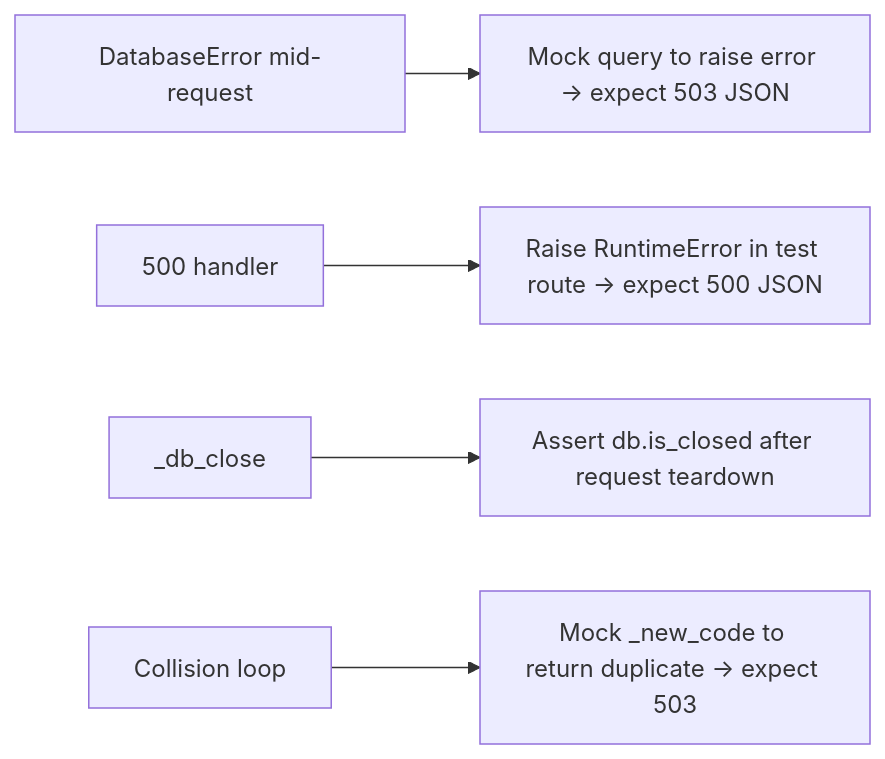
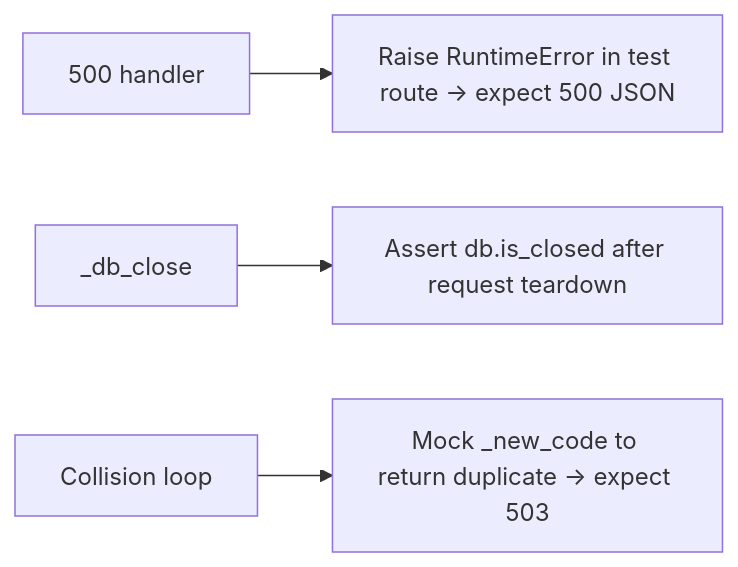
One commit to MartinLam12/PE-Hackathon-Template-2026 changed the second of 2 diagrams in docs/coverage-gaps-for-person-1.md. Above: the diagram before and after it, drawn with Mermaid. The commit also changed other lines of this file and 2 other files, not shown here.

First line of the commit message:
Address CodeRabbit review: narrow DB error handling and tests.

````diff
--- a/docs/coverage-gaps-for-person-1.md
+++ b/docs/coverage-gaps-for-person-1.md
@@ -41,7 +38,6 @@
 ```mermaid
 flowchart LR
-    G1["DatabaseError mid-request"] --> T1["Mock query to raise error → expect 503 JSON"]
-    G3["500 handler"] --> T2["Raise RuntimeError in test route → expect 500 JSON"]
-    G4["_db_close"] --> T3["Assert db.is_closed after request teardown"]
-    G5["Collision loop"] --> T4["Mock _new_code to return duplicate → expect 503"]
+    G1["500 handler"] --> T1["Raise RuntimeError in test route → expect 500 JSON"]
+    G2["_db_close"] --> T2["Assert db.is_closed after request teardown"]
+    G3["Collision loop"] --> T3["Mock _new_code to return duplicate → expect 503"]
 ```
````
